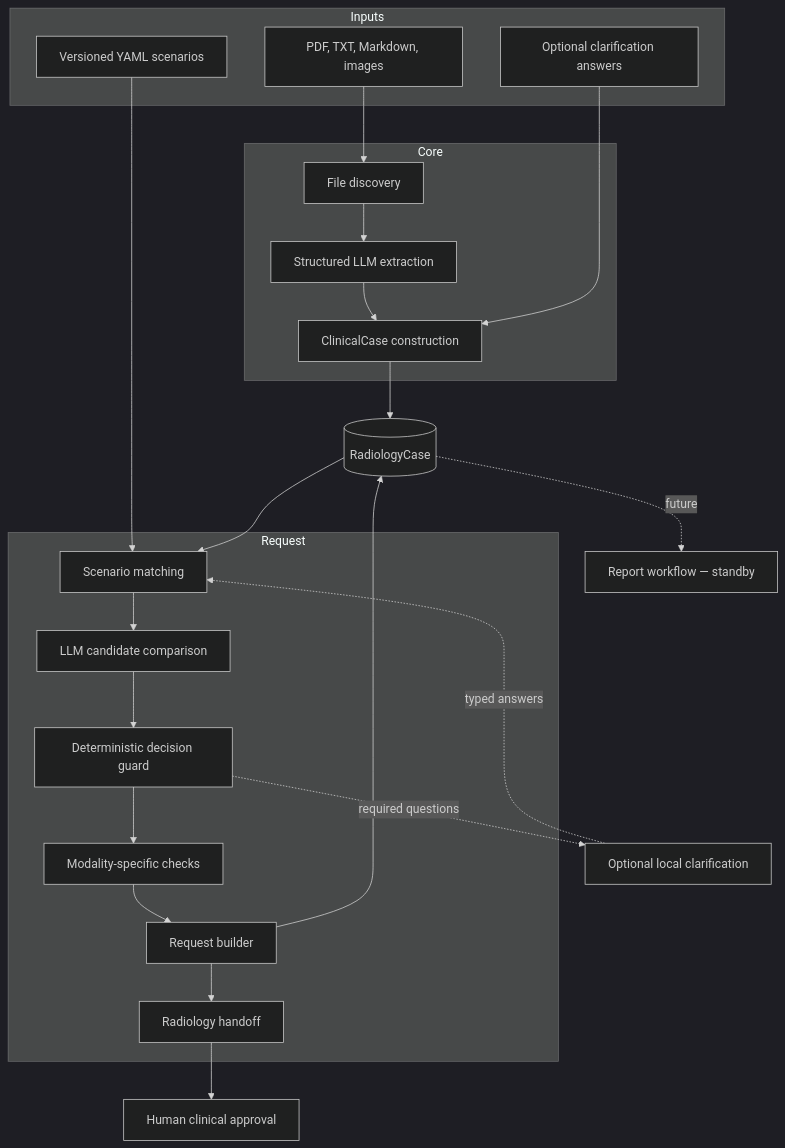
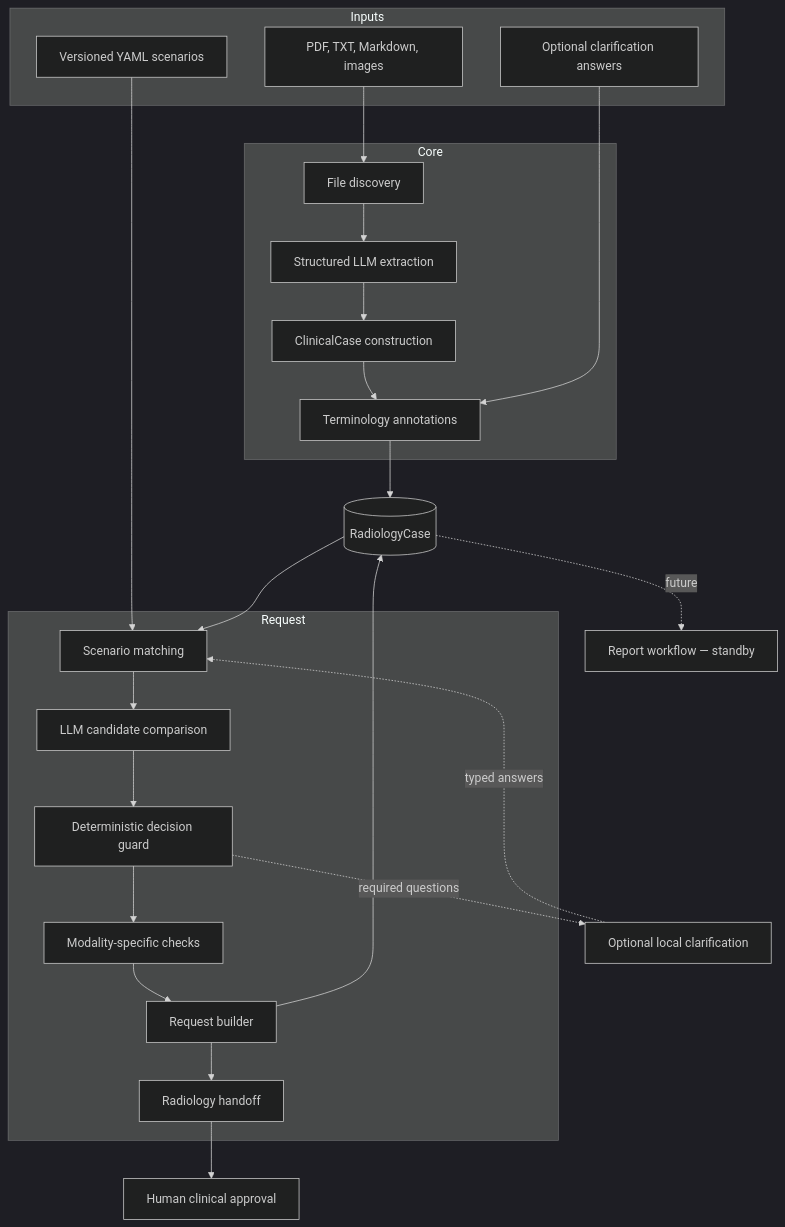
The first of 3 diagrams in docs/architecture.md (Thibescobar/bulkinout), drawn with Mermaid (dark theme) before and after one commit. The commit also changed other lines of this file and 39 other files, not shown here.

````diff
--- a/docs/architecture.md
+++ b/docs/architecture.md
@@ -7,39 +7,40 @@
 ```mermaid
 flowchart TB
     subgraph Inputs
         DOCS[PDF, TXT, Markdown, images]
         ANSWERS[Optional clarification answers]
         YAML[Versioned YAML scenarios]
     end
 
     subgraph Core
         INGEST[File discovery]
         EXTRACT[Structured LLM extraction]
         CASE[ClinicalCase construction]
+        NORMALIZE[Terminology annotations]
     end
 
     RECORD[(RadiologyCase)]
 
     subgraph Request
         MATCH[Scenario matching]
         DECIDE[LLM candidate comparison]
         GUARD[Deterministic decision guard]
         SAFETY[Modality-specific checks]
         BUILD[Request builder]
         HANDOFF[Radiology handoff]
     end
 
     CLARIFY[Optional local clarification]
     REVIEW[Human clinical approval]
     REPORT[Report workflow — standby]
 
-    DOCS --> INGEST --> EXTRACT --> CASE --> RECORD
-    ANSWERS --> CASE
+    DOCS --> INGEST --> EXTRACT --> CASE --> NORMALIZE --> RECORD
+    ANSWERS --> NORMALIZE
     YAML --> MATCH
     RECORD --> MATCH --> DECIDE --> GUARD --> SAFETY --> BUILD --> HANDOFF
     GUARD -. required questions .-> CLARIFY
     CLARIFY -. typed answers .-> MATCH
     BUILD --> RECORD
     HANDOFF --> REVIEW
     RECORD -. future .-> REPORT
 ```
````
